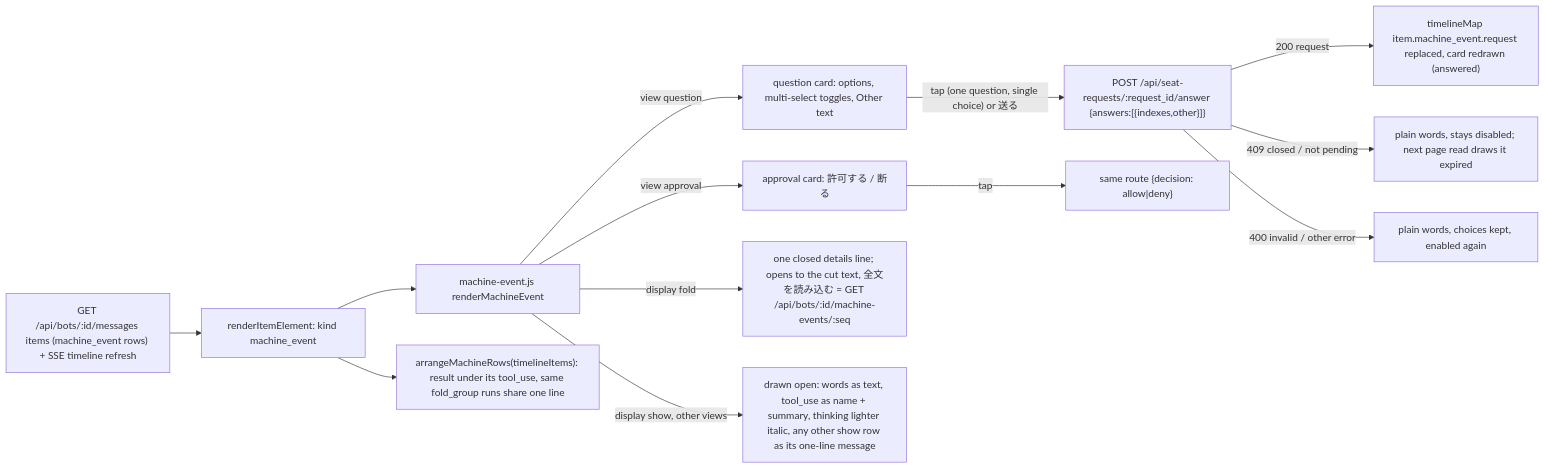
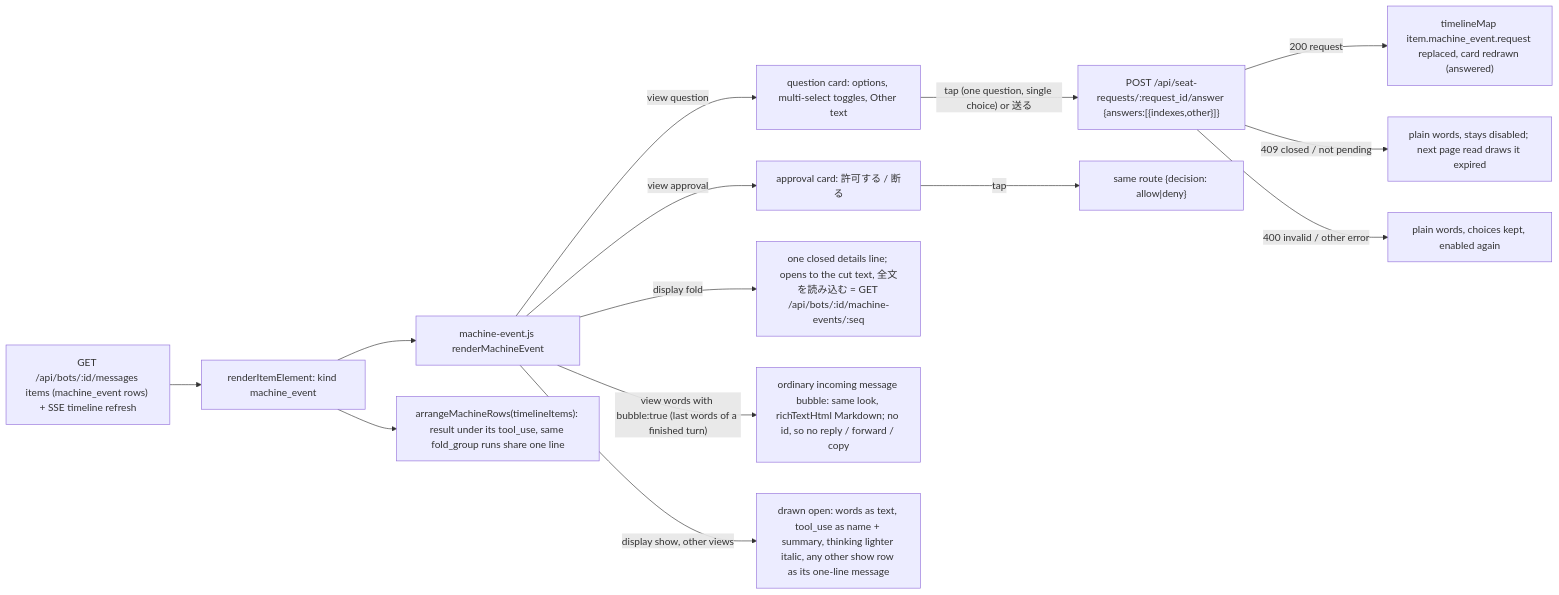
Before and after one commit to kitepon/BellTeam: diagram 16 of 16 in docs/architecture/modules/web/conversation.md, drawn with Mermaid. The commit also changed other lines of this file and 2 other files, not shown here.

Commit message:
a471-tune-answer-web: a words row with bubble:true is an ordinary incoming bubble

````diff
--- a/docs/architecture/modules/web/conversation.md
+++ b/docs/architecture/modules/web/conversation.md
@@ -396,15 +397,16 @@
 ```mermaid
 flowchart LR
   Page["GET /api/bots/:id/messages items (machine_event rows) + SSE timeline refresh"] --> Item["renderItemElement: kind machine_event"]
   Item --> ME["machine-event.js renderMachineEvent"]
   ME -->|"view question"| Q["question card: options, multi-select toggles, Other text"]
   ME -->|"view approval"| A["approval card: 許可する / 断る"]
   ME -->|"display fold"| F["one closed details line; opens to the cut text, 全文を読み込む = GET /api/bots/:id/machine-events/:seq"]
+  ME -->|"view words with bubble:true (last words of a finished turn)"| B["ordinary incoming message bubble: same look, richTextHtml Markdown; no id, so no reply / forward / copy"]
   ME -->|"display show, other views"| S["drawn open: words as text, tool_use as name + summary, thinking lighter italic, any other show row as its one-line message"]
   Item --> Arr["arrangeMachineRows(timelineItems): result under its tool_use, same fold_group runs share one line"]
   Q -->|"tap (one question, single choice) or 送る"| Post["POST /api/seat-requests/:request_id/answer {answers:[{indexes,other}]}"]
   A -->|"tap"| Post2["same route {decision: allow|deny}"]
   Post -->|"200 request"| Item2["timelineMap item.machine_event.request replaced, card redrawn (answered)"]
   Post -->|"409 closed / not pending"| Closed["plain words, stays disabled; next page read draws it expired"]
   Post -->|"400 invalid / other error"| Retry["plain words, choices kept, enabled again"]
 ```
````
